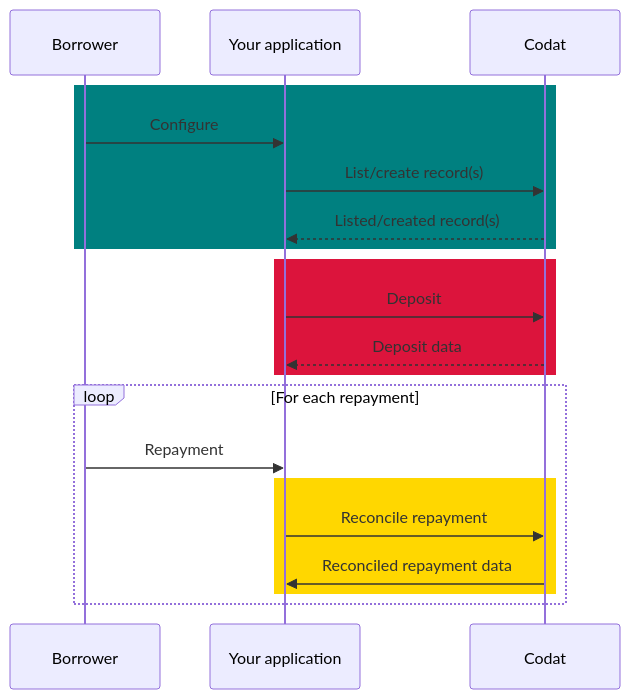
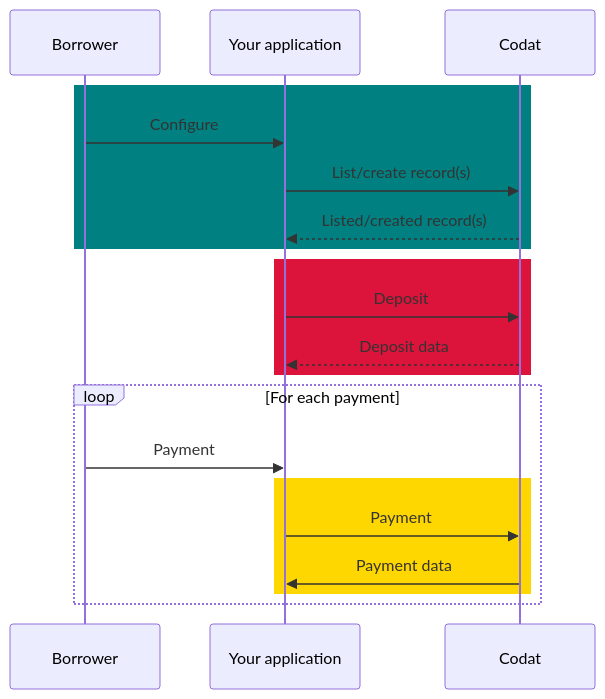
One commit to codatio/codat-docs changed the first of 2 diagrams in docs/lending/guides/loan-writeback/introduction.md. Above: the diagram before and after it, drawn with Mermaid. The commit also changed other lines of this file and 6 other files, not shown here.

````diff
--- a/docs/lending/guides/loan-writeback/introduction.md
+++ b/docs/lending/guides/loan-writeback/introduction.md
@@ -44,26 +227,26 @@
 ```mermaid
 sequenceDiagram
     participant frontend as Borrower
     participant backend as Your application 
     participant codat as Codat
     
     rect rgb(0, 128, 128)
         frontend ->> backend: Configure
         backend ->> codat: List/create record(s)
         codat -->> backend: Listed/created record(s)
     end
     
 
     rect rgb(220, 20, 60)
         backend ->> codat: Deposit
         codat -->> backend: Deposit data
     end
     
-    loop For each repayment
-        frontend ->> backend: Repayment
+    loop For each payment
+        frontend ->> backend: Payment
         rect rgb(255, 215, 0)
-            backend ->> codat: Reconcile repayment
-            codat ->> backend: Reconciled repayment data
+            backend ->> codat: Payment
+            codat ->> backend: Payment data
         end
     end
 ```
````
